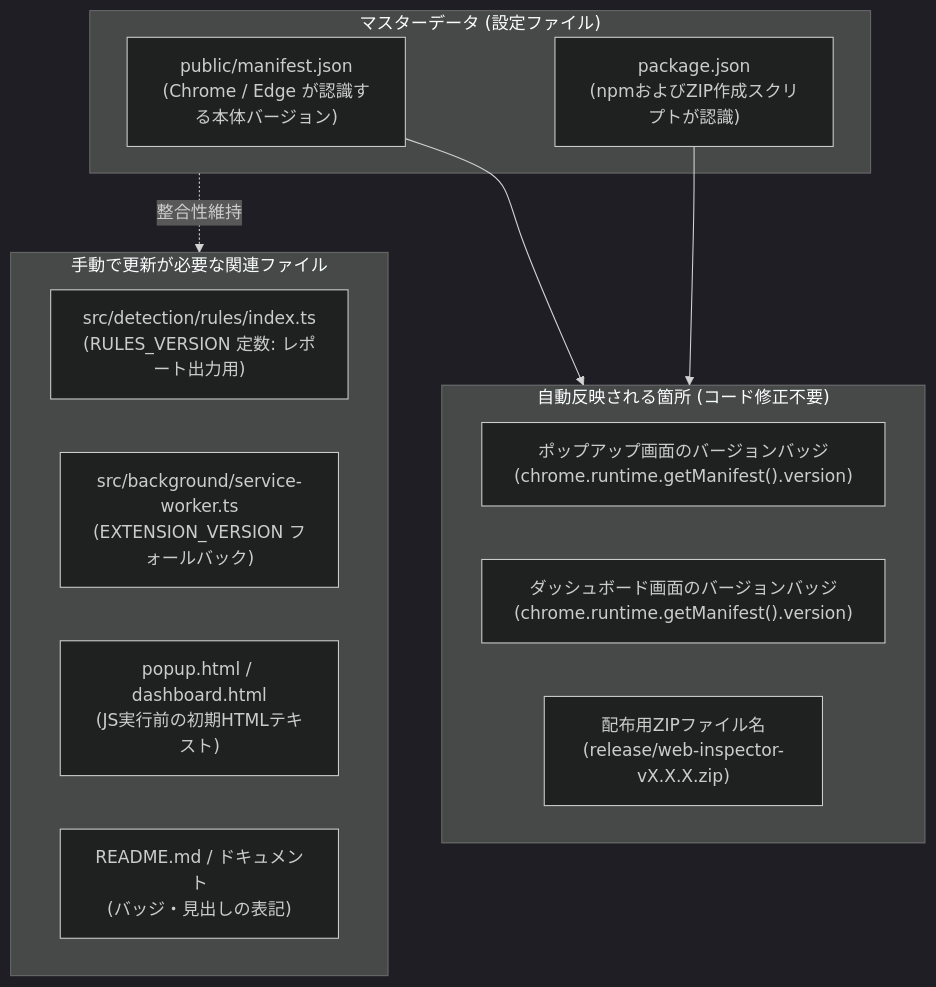
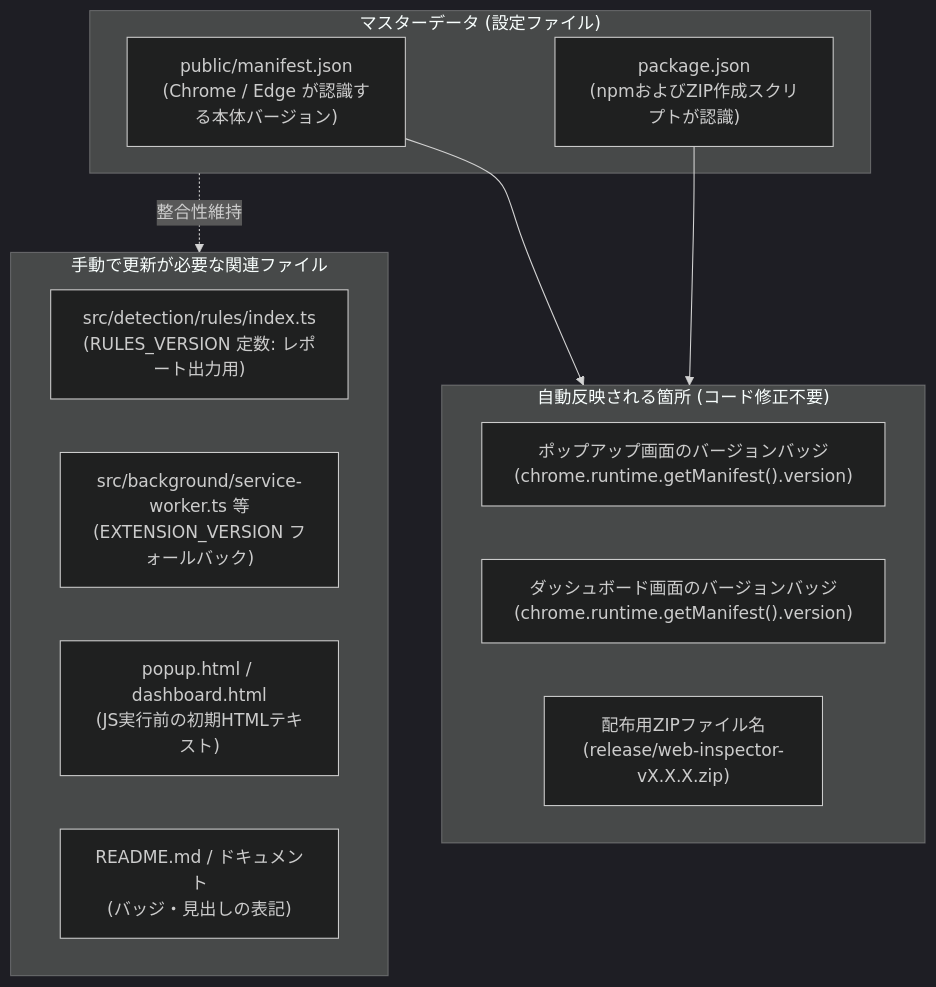
One commit to moritama/web-inspector changed the first of 6 diagrams in docs/MAINTENANCE_GUIDE.md. Above: the diagram before and after it, drawn with Mermaid (dark theme). The commit also changed other lines of this file and 16 other files, not shown here.

````diff
--- a/docs/MAINTENANCE_GUIDE.md
+++ b/docs/MAINTENANCE_GUIDE.md
@@ -13,24 +13,24 @@
 ```mermaid
 flowchart TD
     subgraph MasterSources ["マスターデータ (設定ファイル)"]
         Manifest["public/manifest.json<br>(Chrome / Edge が認識する本体バージョン)"]
         Pkg["package.json<br>(npmおよびZIP作成スクリプトが認識)"]
     end
 
     subgraph AutoReflect ["自動反映される箇所 (コード修正不要)"]
         PopupBadge["ポップアップ画面のバージョンバッジ<br>(chrome.runtime.getManifest().version)"]
         DashBadge["ダッシュボード画面のバージョンバッジ<br>(chrome.runtime.getManifest().version)"]
         ZipFile["配布用ZIPファイル名<br>(release/web-inspector-vX.X.X.zip)"]
     end
 
     subgraph SyncNeeded ["手動で更新が必要な関連ファイル"]
         Rules["src/detection/rules/index.ts<br>(RULES_VERSION 定数: レポート出力用)"]
-        SW["src/background/service-worker.ts<br>(EXTENSION_VERSION フォールバック)"]
+        SW["src/background/service-worker.ts 等<br>(EXTENSION_VERSION フォールバック)"]
         HTML["popup.html / dashboard.html<br>(JS実行前の初期HTMLテキスト)"]
         Docs["README.md / ドキュメント<br>(バッジ・見出しの表記)"]
     end
 
     Manifest --> AutoReflect
     Pkg --> AutoReflect
     MasterSources -.->|整合性維持| SyncNeeded
 ```
````
